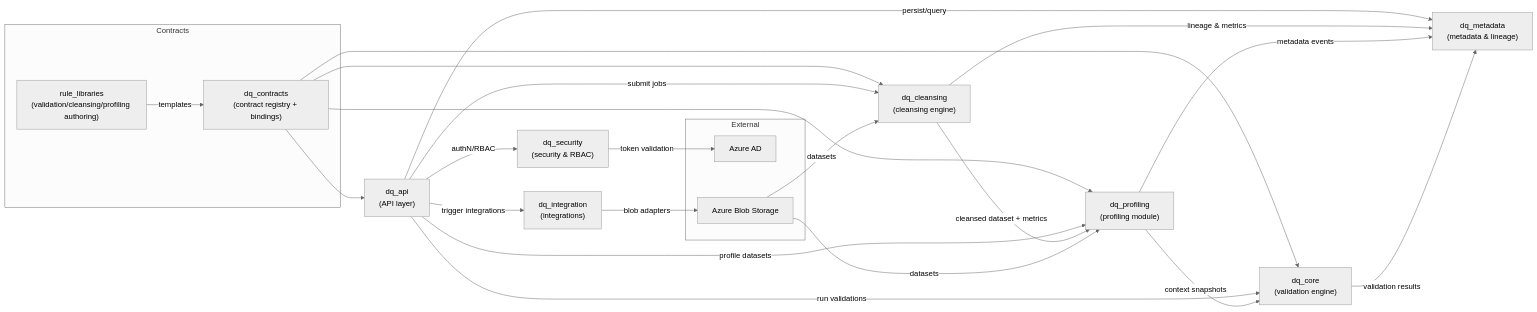
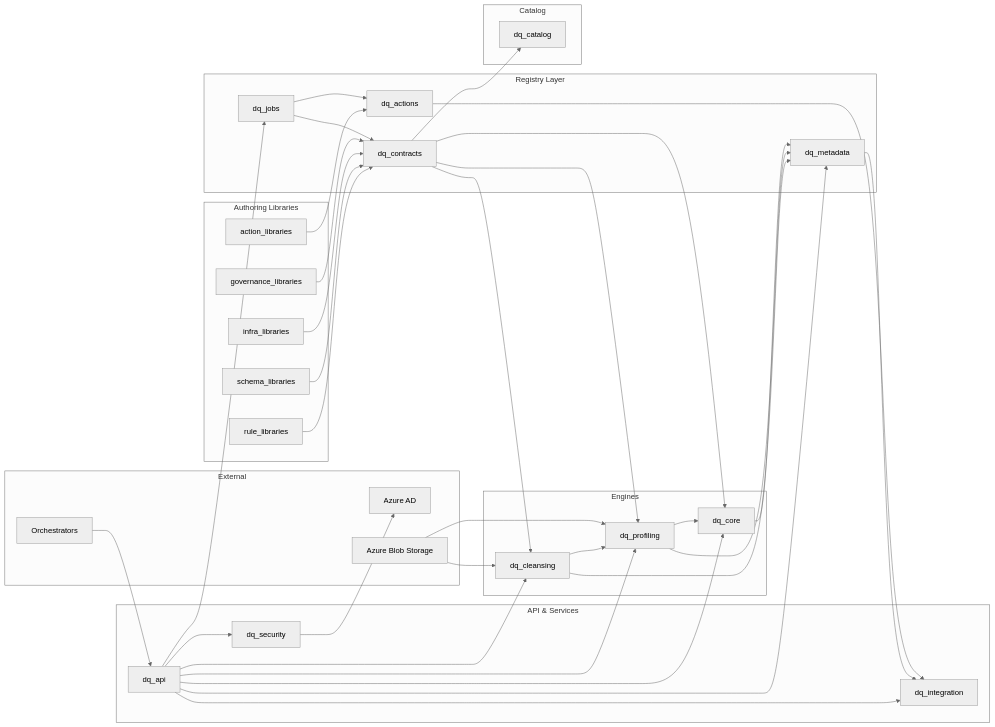
One commit to JohnGaros/data_quality_api changed the diagram in docs/diagrams/component_relationships.mmd. Above: the diagram before and after it, drawn with Mermaid (neutral theme). The commit also changed 19 other files, not shown here.

Commit message:
feat: support multi-entity datasets and catalog refs

```diff
--- a/docs/diagrams/component_relationships.mmd
+++ b/docs/diagrams/component_relationships.mmd
@@ -1,45 +1,80 @@
+---
+id: 127b139b-b0cb-467b-a459-9f5f77893ec8
+---
 flowchart LR
-    subgraph External
-        AZAD["Azure AD"]
-        AZBLOB["Azure Blob Storage"]
+    subgraph Authoring Libraries
+        RULELIB[rule_libraries]
+        SCHEMALIB[schema_libraries]
+        INFRALIB[infra_libraries]
+        GOVLIB[governance_libraries]
+        ACTIONLIB[action_libraries]
     end
 
-    subgraph Contracts
-        RULELIB["rule_libraries<br>(validation/cleansing/profiling authoring)"]
-        CONTRACTS["dq_contracts<br>(contract registry + bindings)"]
+    subgraph Registry Layer
+        CONTRACTS[dq_contracts]
+        ACTIONS[dq_actions]
+        JOBS[dq_jobs]
+        METADATA_REGISTRY[dq_metadata]
     end
 
-    API["dq_api<br>(API layer)"]
-    CLEANSING["dq_cleansing<br>(cleansing engine)"]
-    PROFILING["dq_profiling<br>(profiling module)"]
-    RULES["dq_core<br>(validation engine)"]
-    METADATA["dq_metadata<br>(metadata & lineage)"]
-    INTEGRATIONS["dq_integration<br>(integrations)"]
-    SECURITY["dq_security<br>(security & RBAC)"]
+    subgraph Engines
+        CLEANSING[dq_cleansing]
+        PROFILING[dq_profiling]
+        VALIDATION[dq_core]
+    end
 
-    API -->|authN/RBAC| SECURITY
-    SECURITY -->|token validation| AZAD
+    subgraph API & Services
+        API[dq_api]
+        INTEGRATIONS[dq_integration]
+        SECURITY[dq_security]
+    end
 
-    RULELIB -->|templates| CONTRACTS
-    CONTRACTS --> API
+    subgraph Catalog
+        CATALOG[dq_catalog]
+    end
+
+    subgraph External
+        ORCH[Orchestrators]
+        AZAD[Azure AD]
+        AZBLOB[Azure Blob Storage]
+    end
+
+    RULELIB --> CONTRACTS
+    SCHEMALIB --> CONTRACTS
+    INFRALIB --> CONTRACTS
+    GOVLIB --> CONTRACTS
+    ACTIONLIB --> ACTIONS
+
+    CONTRACTS --> CATALOG
     CONTRACTS --> CLEANSING
     CONTRACTS --> PROFILING
-    CONTRACTS --> RULES
+    CONTRACTS --> VALIDATION
 
-    API -->|submit jobs| CLEANSING
-    API -->|profile datasets| PROFILING
-    API -->|run validations| RULES
-    API -->|persist/query| METADATA
-    API -->|trigger integrations| INTEGRATIONS
+    API --> SECURITY
+    SECURITY --> AZAD
 
-    CLEANSING -->|cleansed dataset + metrics| PROFILING
-    CLEANSING -->|lineage & metrics| METADATA
+    API --> JOBS
+    JOBS --> CONTRACTS
+    JOBS --> ACTIONS
 
-    PROFILING -->|context snapshots| RULES
-    PROFILING -->|metadata events| METADATA
+    API --> CLEANSING
+    API --> PROFILING
+    API --> VALIDATION
+    API --> METADATA_REGISTRY
+    API --> INTEGRATIONS
 
-    RULES -->|validation results| METADATA
+    CLEANSING --> PROFILING
+    CLEANSING --> METADATA_REGISTRY
 
-    INTEGRATIONS -->|blob adapters| AZBLOB
-    AZBLOB -->|datasets| CLEANSING
-    AZBLOB -->|datasets| PROFILING
+    PROFILING --> VALIDATION
+    PROFILING --> METADATA_REGISTRY
+
+    VALIDATION --> METADATA_REGISTRY
+
+    AZBLOB --> CLEANSING
+    AZBLOB --> PROFILING
+
+    METADATA_REGISTRY --> INTEGRATIONS
+    ACTIONS --> INTEGRATIONS
+
+    ORCH --> API
```
